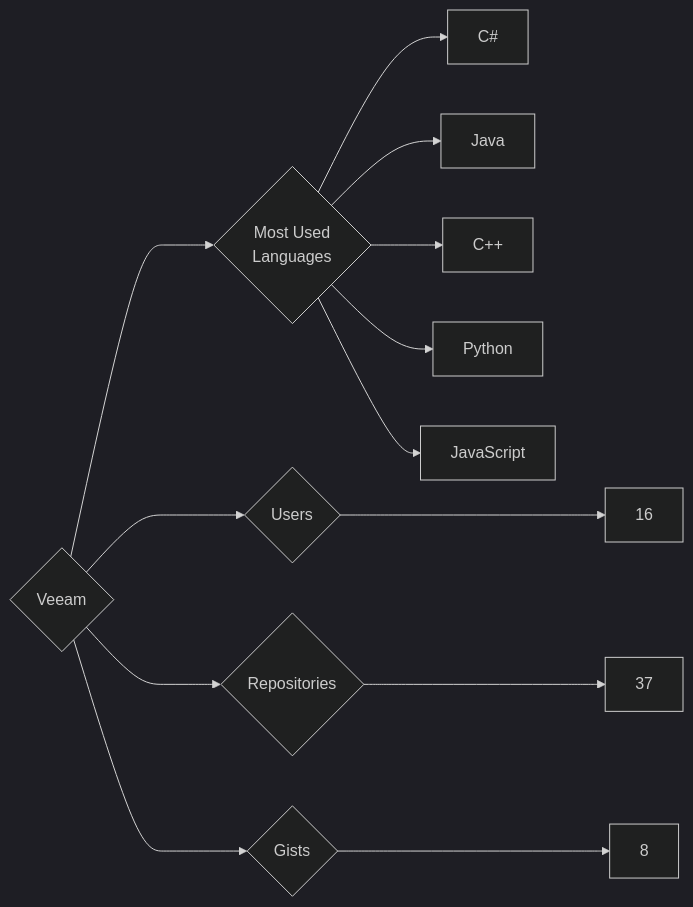
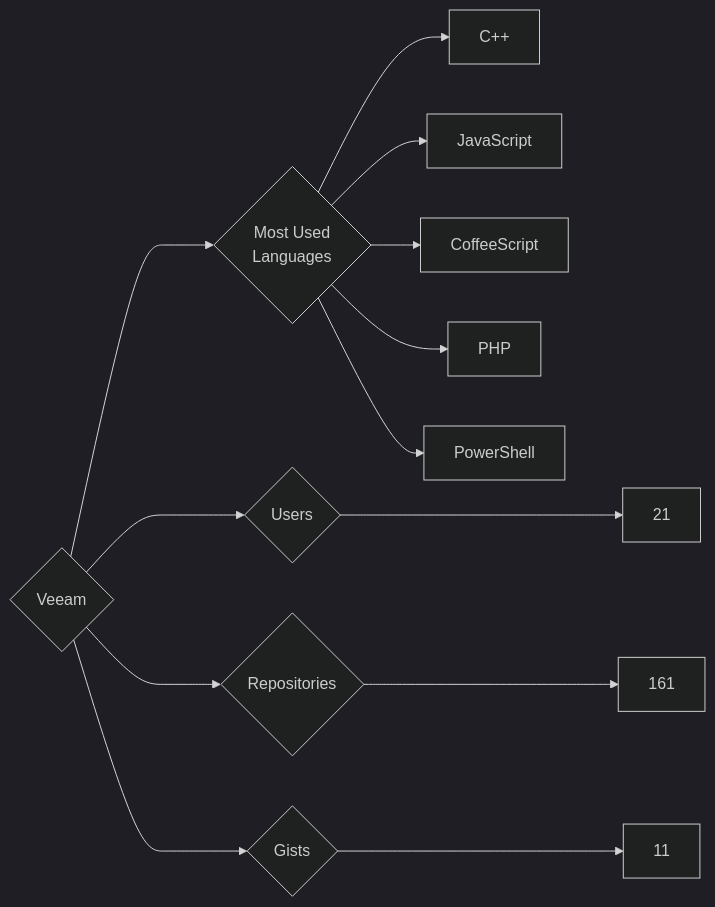
Before and after one commit to trickest/insiders: the diagram in targets/Veeam/README.md, drawn with Mermaid (dark theme). The commit also changed 833 other files, not shown here.

````diff
--- a/targets/Veeam/README.md
+++ b/targets/Veeam/README.md
@@ -3,13 +3,13 @@
 ```mermaid
 graph LR
 COMPANY_NAME{Veeam}
-COMPANY_NAME ---> U{Users} ---> UN[16]
-COMPANY_NAME ---> R{Repositories} ---> RN[37]
-COMPANY_NAME ---> G{Gists} ---> GN[8]
+COMPANY_NAME ---> U{Users} ---> UN[21]
+COMPANY_NAME ---> R{Repositories} ---> RN[161]
+COMPANY_NAME ---> G{Gists} ---> GN[11]
 COMPANY_NAME ---> ML{Most Used<br>Languages}
-ML --> C#[C#]
-ML --> Java[Java]
 ML --> C++[C++]
-ML --> Python[Python]
 ML --> JavaScript[JavaScript]
+ML --> CoffeeScript[CoffeeScript]
+ML --> PHP[PHP]
+ML --> PowerShell[PowerShell]
 ```
````
